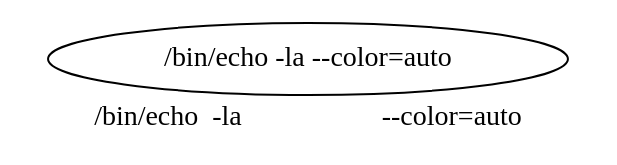
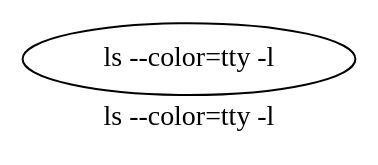
Before and after one commit to YeGoRenji/minishell-1337: the diagram in tree.dot, drawn with Graphviz. The commit also changed 7 other files, not shown here.

```diff
--- a/tree.dot
+++ b/tree.dot
@@ -1,4 +1,4 @@
 digraph yep {
-	label="/bin/echo  -la                    --color=auto"
-	n0[label="/bin/echo -la --color=auto "];
+	label="ls --color=tty -l"
+	n0[label="ls --color=tty -l "];
 }
```
